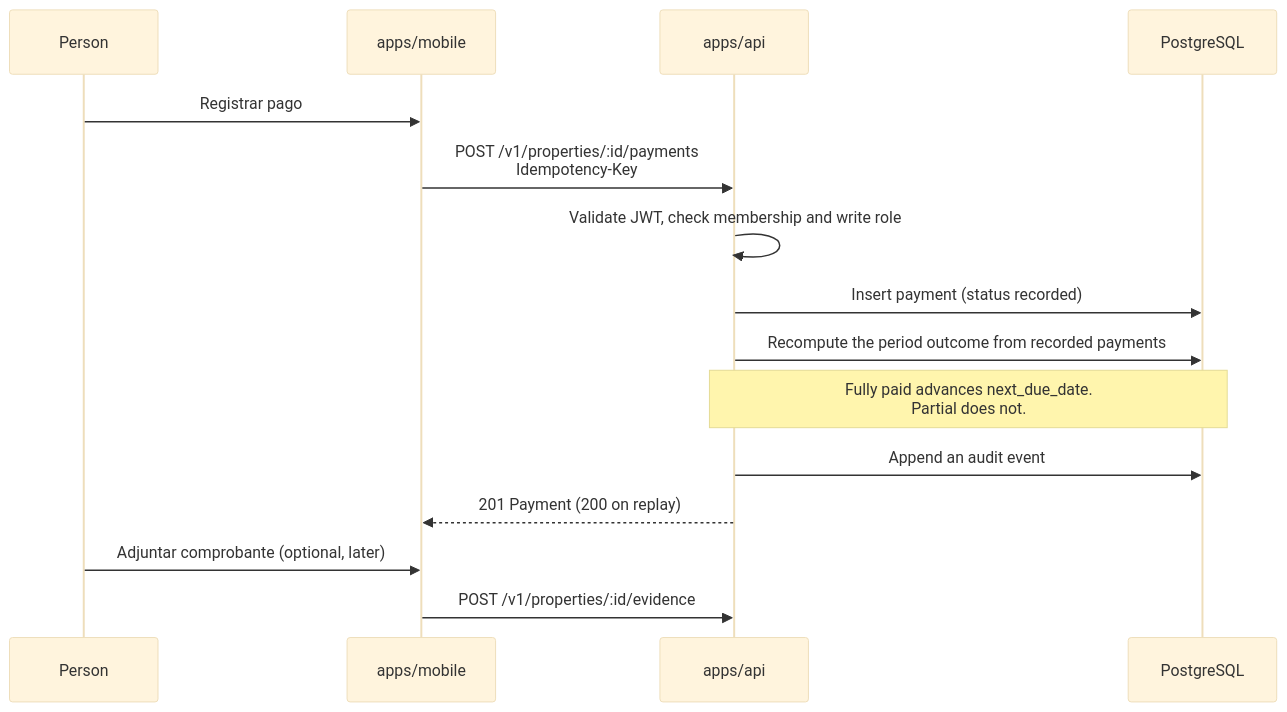
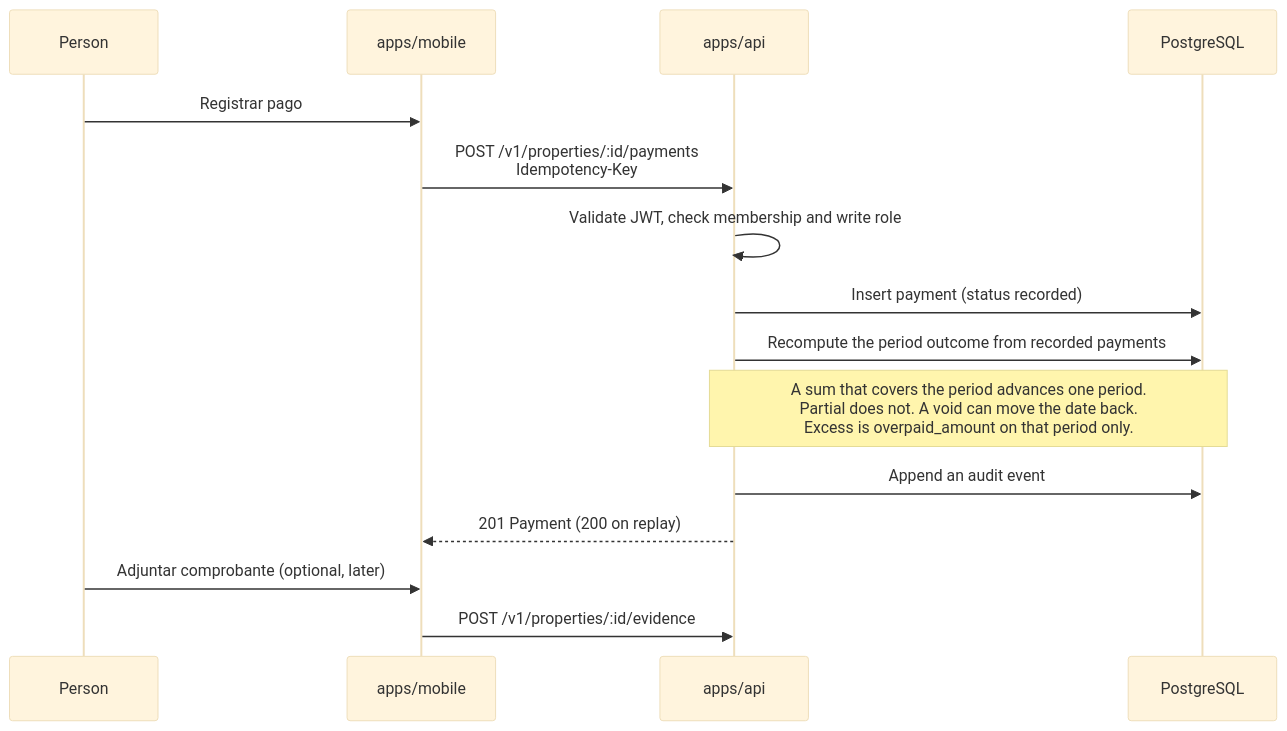
Before and after one commit to VahagnCh/property-control: the second of 3 diagrams in docs/ARCHITECTURE.md, drawn with Mermaid (base theme). The commit also changed other lines of this file and 22 other files, not shown here.

````diff
--- a/docs/ARCHITECTURE.md
+++ b/docs/ARCHITECTURE.md
@@ -80,18 +80,18 @@
 ```mermaid
 sequenceDiagram
   participant U as Person
   participant M as apps/mobile
   participant A as apps/api
   participant D as PostgreSQL
 
   U->>M: Registrar pago
   M->>A: POST /v1/properties/:id/payments<br/>Idempotency-Key
   A->>A: Validate JWT, check membership and write role
   A->>D: Insert payment (status recorded)
   A->>D: Recompute the period outcome from recorded payments
-  Note over A,D: Fully paid advances next_due_date.<br/>Partial does not.
+  Note over A,D: A sum that covers the period advances one period.<br/>Partial does not. A void can move the date back.<br/>Excess is overpaid_amount on that period only.
   A->>D: Append an audit event
   A-->>M: 201 Payment (200 on replay)
   U->>M: Adjuntar comprobante (optional, later)
   M->>A: POST /v1/properties/:id/evidence
 ```
````
